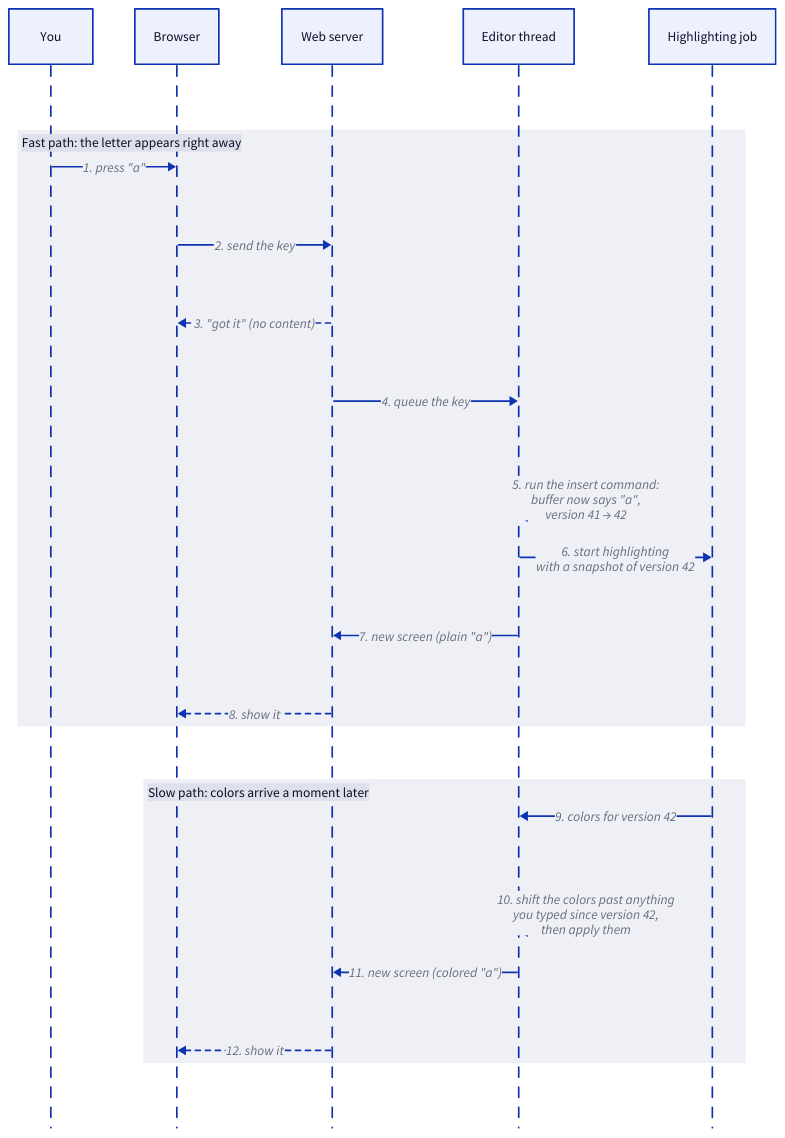
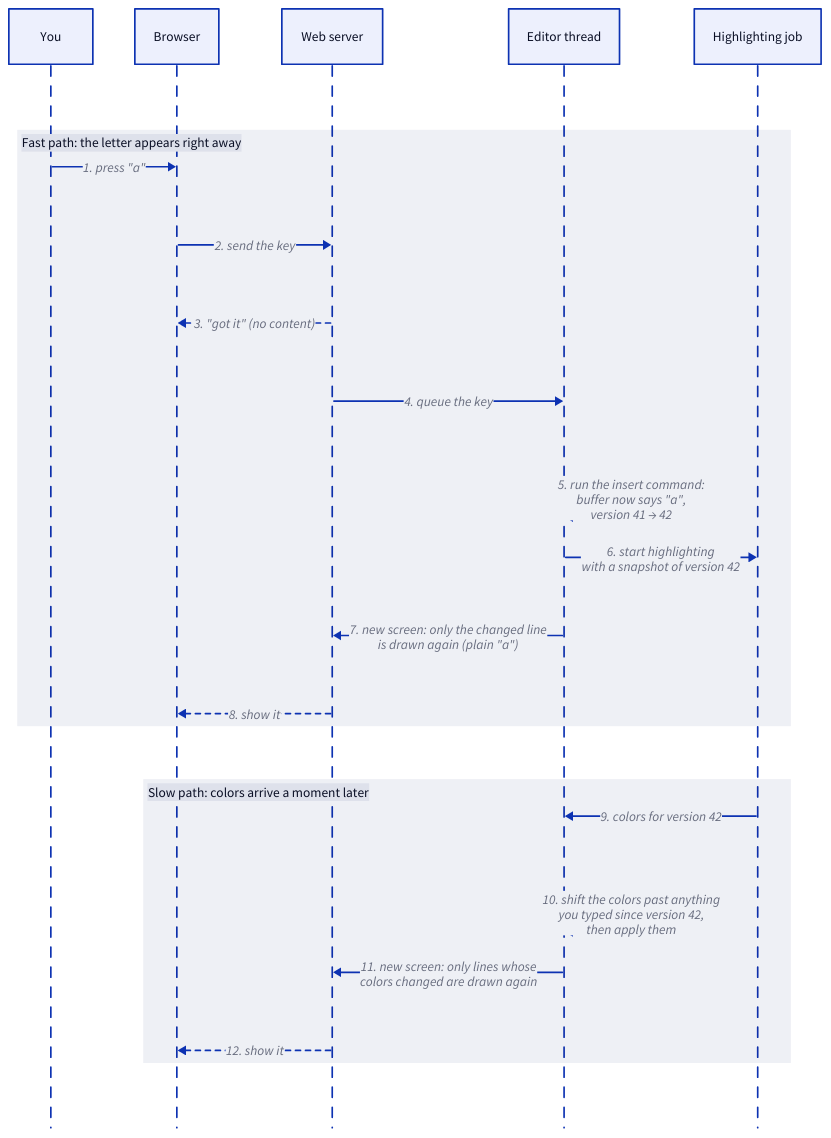
The diagram in docs/diagrams/typing-a-letter.d2 (jaybonthius/tuna), drawn with D2 before and after one commit. The commit also changed 14 other files, not shown here.

First line of the commit message:
Docs: drawing only what changed, and work off the editor thread

```diff
--- a/docs/diagrams/typing-a-letter.d2
+++ b/docs/diagrams/typing-a-letter.d2
@@ -1,38 +1,38 @@
 # What happens when you type the letter "a" in a code file?
 vars: {
   d2-config: {
     layout-engine: dagre
     theme-id: 0
   }
 }
 shape: sequence_diagram
 
 you: You
 browser: Browser
 web: Web server
 editor: Editor thread
 job: Highlighting job
 
 fast: Fast path: the letter appears right away {
   you -> browser: 1. press "a"
   browser -> web: 2. send the key
   web -> browser: 3. "got it" (no content) {
     style.stroke-dash: 3
   }
   web -> editor: 4. queue the key
   editor -> editor: 5. run the insert command:\nbuffer now says "a",\nversion 41 → 42
   editor -> job: 6. start highlighting\nwith a snapshot of version 42
-  editor -> web: 7. new screen (plain "a")
+  editor -> web: "7. new screen: only the changed line\nis drawn again (plain \"a\")"
   web -> browser: 8. show it {
     style.stroke-dash: 3
   }
 }
 
 slow: Slow path: colors arrive a moment later {
   job -> editor: 9. colors for version 42
   editor -> editor: "10. shift the colors past anything\nyou typed since version 42,\nthen apply them"
-  editor -> web: 11. new screen (colored "a")
+  editor -> web: "11. new screen: only lines whose\ncolors changed are drawn again"
   web -> browser: 12. show it {
     style.stroke-dash: 3
   }
 }
```
